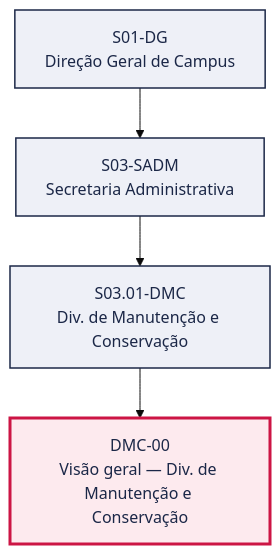
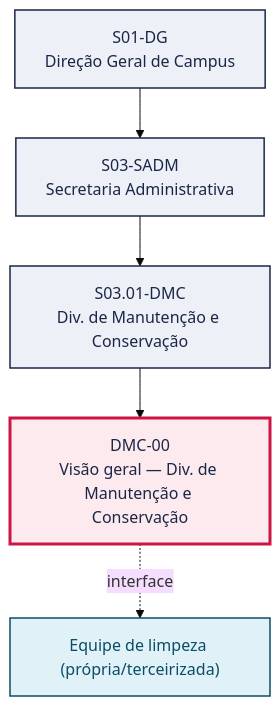
One commit to jessefers/canvas-vivo-atdg changed the first of 2 diagrams in pops/DMC/DMC-00.md. Above: the diagram before and after it, drawn with Mermaid (base theme). The commit also changed other lines of this file and 3 other files, not shown here.

````diff
--- a/pops/DMC/DMC-00.md
+++ b/pops/DMC/DMC-00.md
@@ -49,15 +52,18 @@
 ```mermaid
 graph TD
   S01_DG["S01-DG<br/>Direção Geral de Campus"]
   S03_SADM["S03-SADM<br/>Secretaria Administrativa"]
   S01_DG --> S03_SADM
   S03_01_DMC["S03.01-DMC<br/>Div. de Manutenção e Conservação"]
   S03_SADM --> S03_01_DMC
   P["DMC-00<br/>Visão geral — Div. de Manutenção e Conservação"]
   S03_01_DMC --> P
+  V1["Equipe de limpeza (própria/terceirizada)"]
+  P -. interface .-> V1
   classDef setor fill:#EEF0F7,stroke:#1B2747,stroke-width:1.5px,color:#1B2747
   classDef destaque fill:#FDEAEE,stroke:#CC1544,stroke-width:3px,color:#1B2747
   classDef vizinho fill:#E0F2F8,stroke:#0B4D66,stroke-width:1.5px,color:#0B4D66
   class S01_DG,S03_SADM,S03_01_DMC setor
   class P destaque
+  class V1 vizinho
 ```
````
